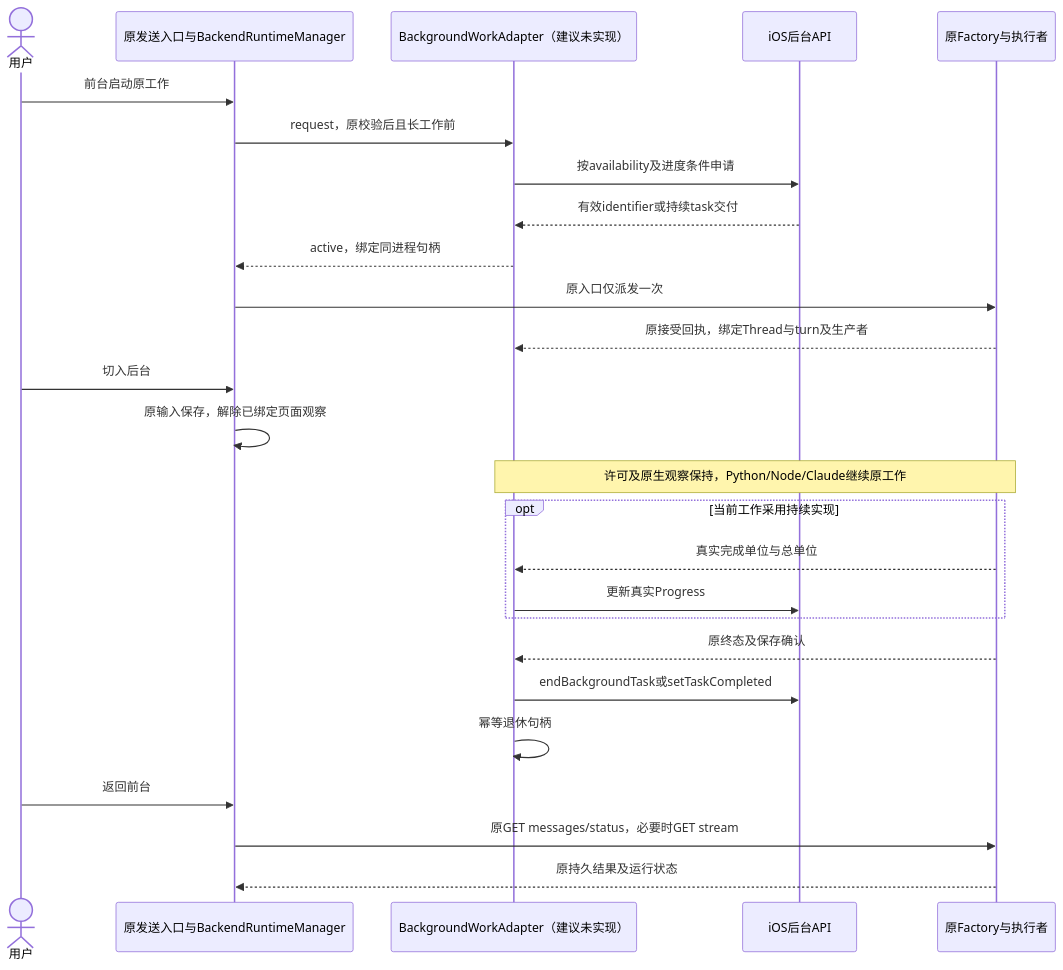
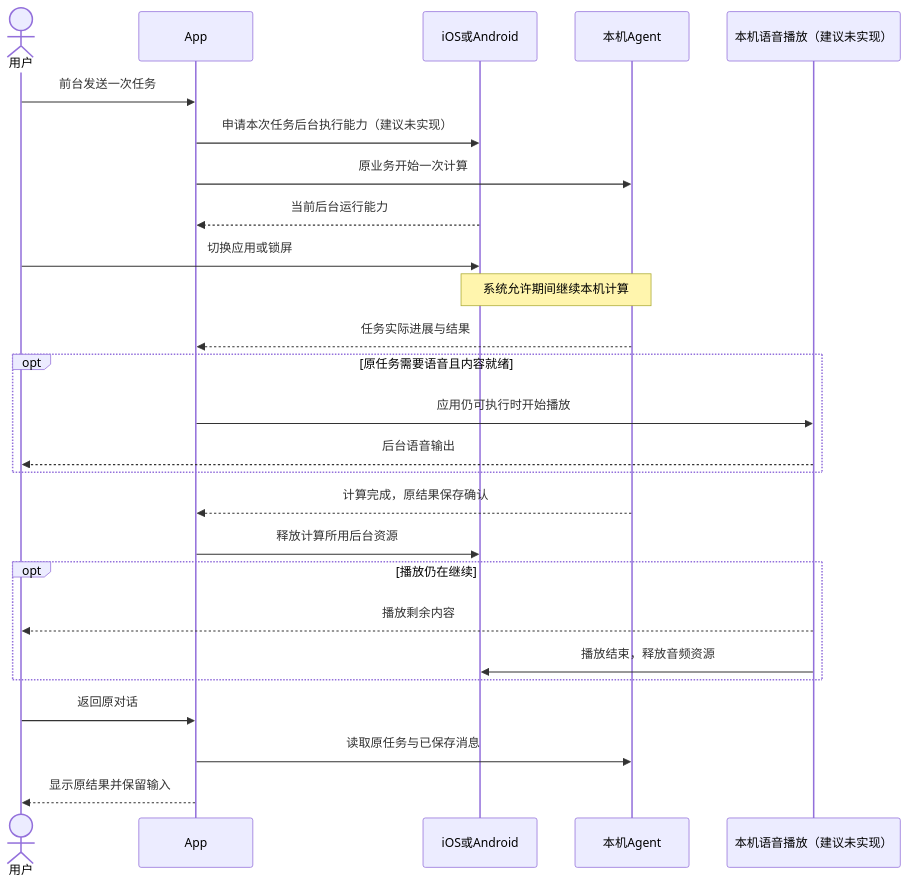
The first of 7 diagrams in docs/design/multi-platform/mobile-recovery-interaction.md (glide-the/im-dream), drawn with Mermaid before and after one commit. The commit also changed other lines of this file and 308 other files, not shown here.

````diff
--- a/docs/design/multi-platform/mobile-recovery-interaction.md
+++ b/docs/design/multi-platform/mobile-recovery-interaction.md
@@ -104,28 +73,28 @@
 ```mermaid
 sequenceDiagram
     actor U as 用户
-    participant C as 原发送入口与BackendRuntimeManager
-    participant A as BackgroundWorkAdapter（建议未实现）
-    participant I as iOS后台API
-    participant F as 原Factory与执行者
-    U->>C: 前台启动原工作
-    C->>A: request，原校验后且长工作前
-    A->>I: 按availability及进度条件申请
-    I-->>A: 有效identifier或持续task交付
-    A-->>C: active，绑定同进程句柄
-    C->>F: 原入口仅派发一次
-    F-->>A: 原接受回执，绑定Thread与turn及生产者
-    U->>C: 切入后台
-    C->>C: 原输入保存，解除已绑定页面观察
-    Note over A,F: 许可及原生观察保持，Python/Node/Claude继续原工作
-    opt 当前工作采用持续实现
-        F-->>A: 真实完成单位与总单位
-        A->>I: 更新真实Progress
+    participant A as App
+    participant OS as iOS或Android
+    participant C as 本机Agent
+    participant P as 本机语音播放（建议未实现）
+    U->>A: 前台发送一次任务
+    A->>OS: 申请本次任务后台执行能力（建议未实现）
+    A->>C: 原业务开始一次计算
+    OS-->>A: 当前后台运行能力
+    U->>OS: 切换应用或锁屏
+    Note over OS,C: 系统允许期间继续本机计算
+    C-->>A: 任务实际进展与结果
+    opt 原任务需要语音且内容就绪
+        A->>P: 应用仍可执行时开始播放
+        P-->>U: 后台语音输出
     end
-    F-->>A: 原终态及保存确认
-    A->>I: endBackgroundTask或setTaskCompleted
-    A->>A: 幂等退休句柄
-    U->>C: 返回前台
-    C->>F: 原GET messages/status，必要时GET stream
-    F-->>C: 原持久结果及运行状态
+    C-->>A: 计算完成，原结果保存确认
+    A->>OS: 释放计算所用后台资源
+    opt 播放仍在继续
+        P-->>U: 播放剩余内容
+        P->>OS: 播放结束，释放音频资源
+    end
+    U->>A: 返回原对话
+    A->>C: 读取原任务与已保存消息
+    A-->>U: 显示原结果并保留输入
 ```
````
